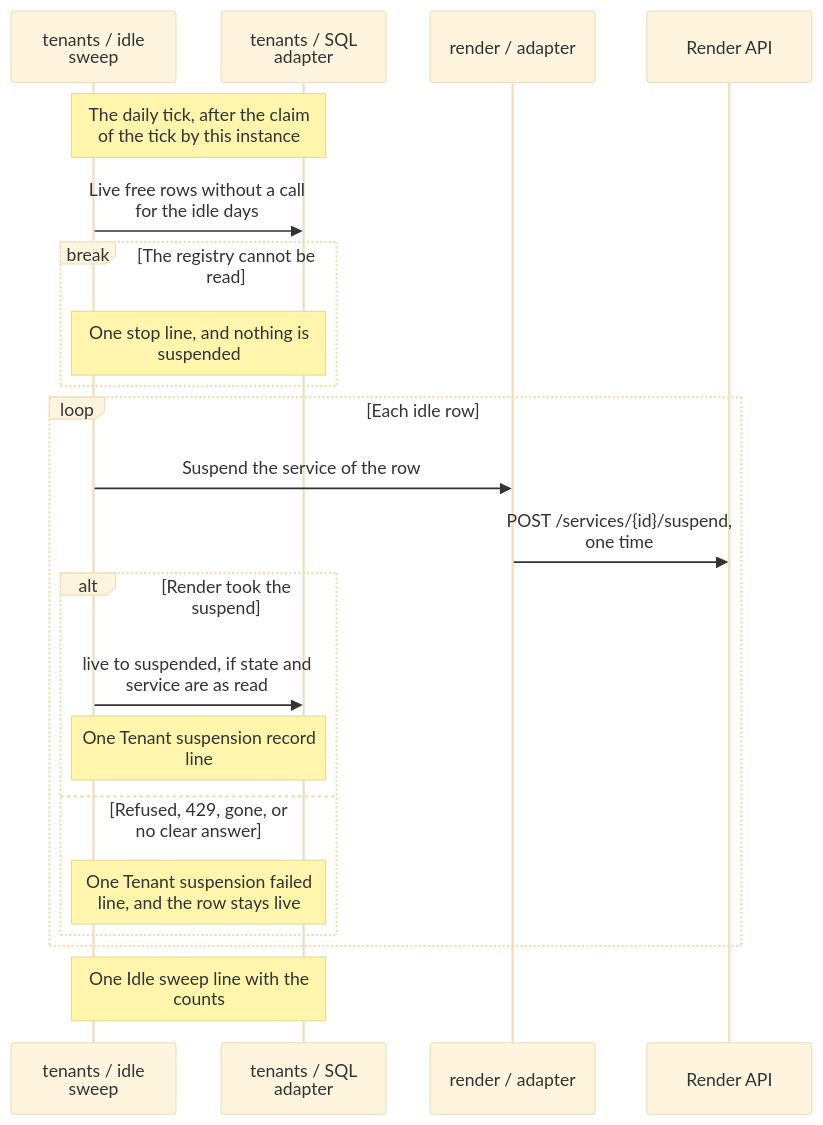
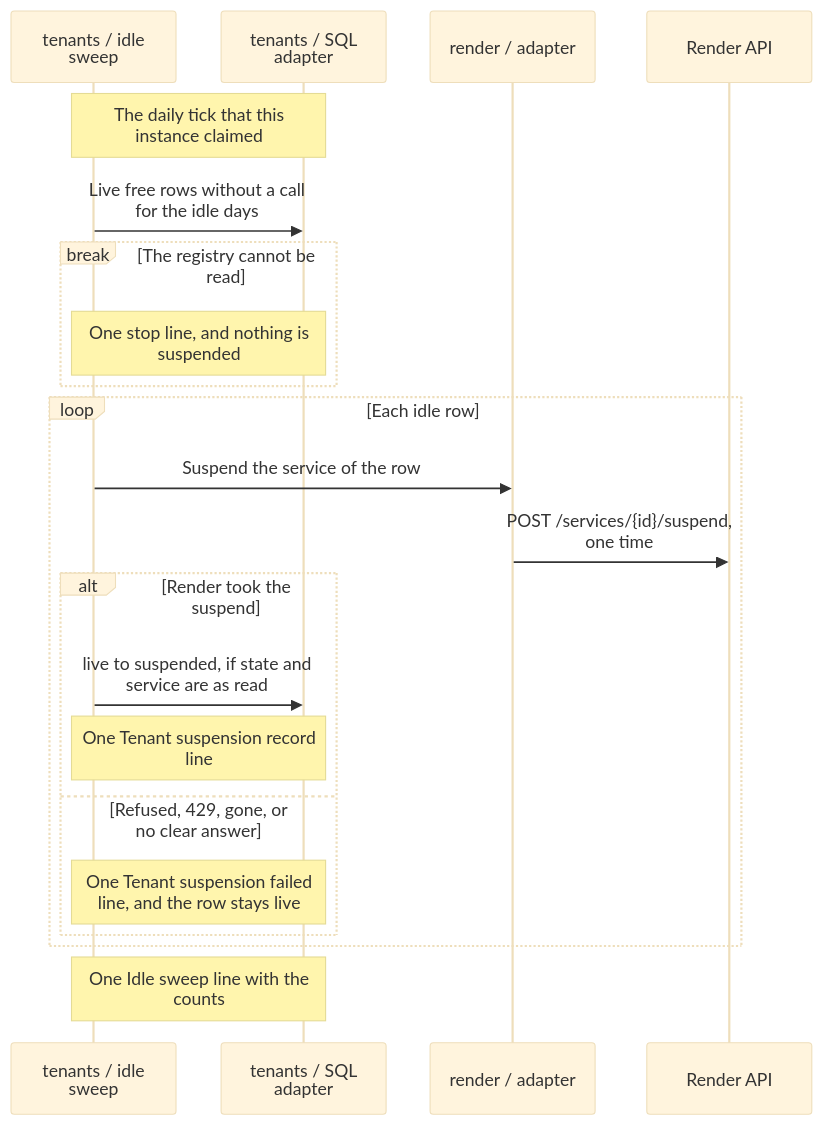
Before and after one commit to tomer-mayara/Thermus: diagram 21 of 24 in architecture/components.md, drawn with Mermaid (base theme). The commit also changed other lines of this file, not shown here.

````diff
--- a/architecture/components.md
+++ b/architecture/components.md
@@ -1866,24 +1866,24 @@
 ```mermaid
 %%{init: {"sequence": {"wrap": true, "actorMargin": 40, "width": 150}}}%%
 sequenceDiagram
   participant Sweep as tenants / idle sweep
   participant Store as tenants / SQL adapter
   participant Render as render / adapter
   participant API as Render API
-  Note over Sweep,Store: The daily tick, after the claim of the tick by this instance
+  Note over Sweep,Store: The daily tick that this instance claimed
   Sweep->>Store: Live free rows without a call for the idle days
   break The registry cannot be read
     Note over Sweep,Store: One stop line, and nothing is suspended
   end
   loop Each idle row
     Sweep->>Render: Suspend the service of the row
     Render->>API: POST /services/{id}/suspend, one time
     alt Render took the suspend
       Sweep->>Store: live to suspended, if state and service are as read
       Note over Sweep,Store: One Tenant suspension record line
     else Refused, 429, gone, or no clear answer
       Note over Sweep,Store: One Tenant suspension failed line, and the row stays live
     end
   end
   Note over Sweep,Store: One Idle sweep line with the counts
 ```
````
